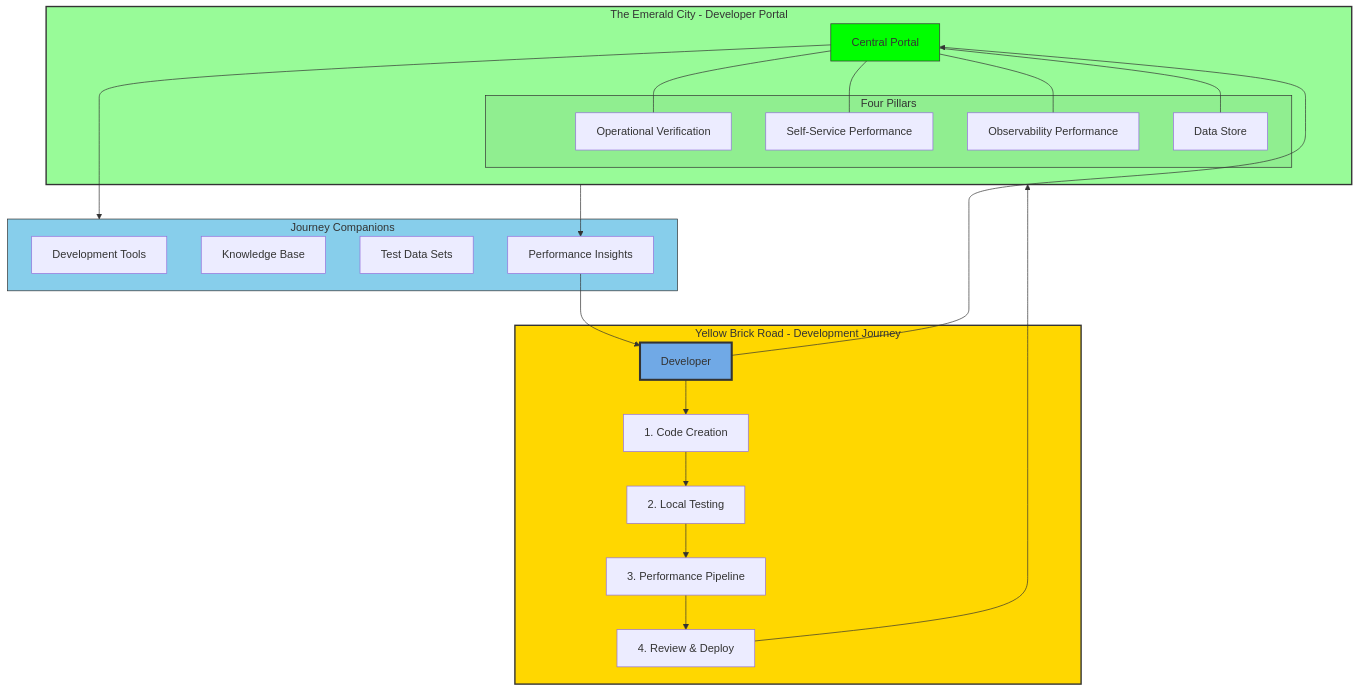
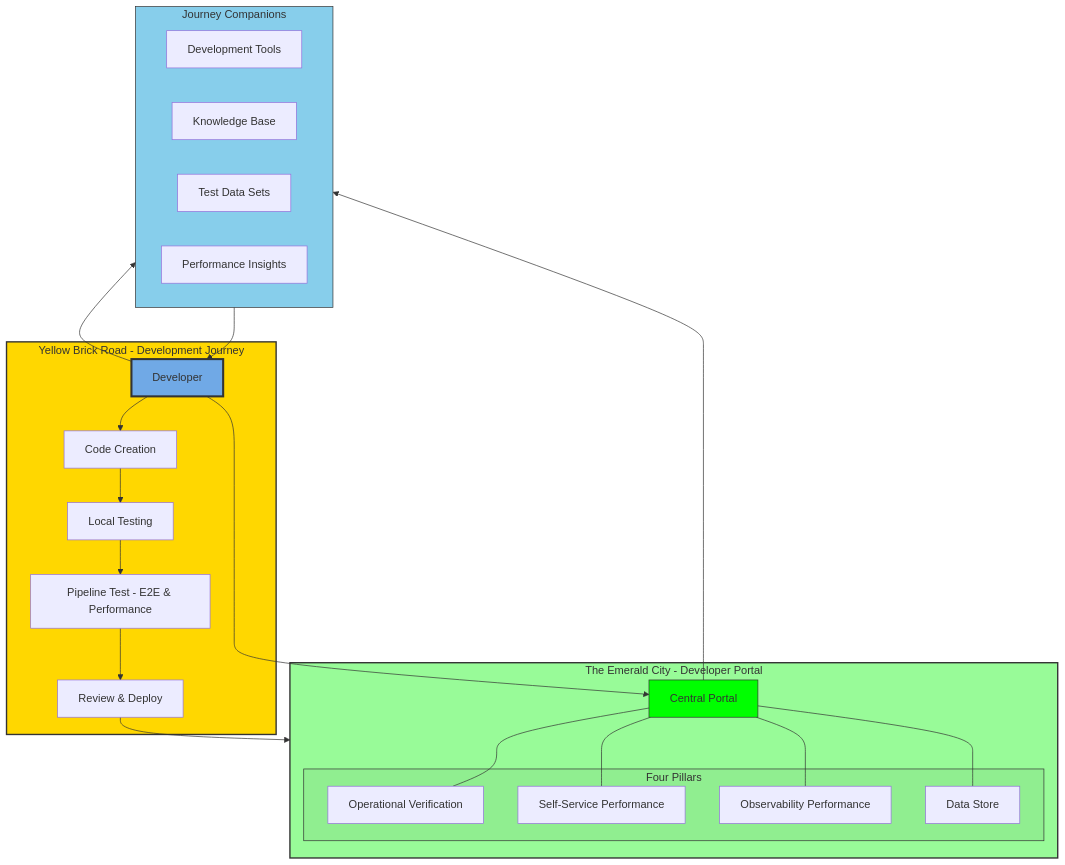
The first of 4 diagrams in content/handbook/engineering/infrastructure-platforms/developer-experience/performance-enablement/_index.md (zalyoung/gitlab-handbook), drawn with Mermaid before and after one commit.

Commit message:
Tweeking phrasing and diagram

````diff
--- a/content/handbook/engineering/infrastructure-platforms/developer-experience/performance-enablement/_index.md
+++ b/content/handbook/engineering/infrastructure-platforms/developer-experience/performance-enablement/_index.md
@@ -19,43 +19,43 @@
 ```mermaid
 flowchart TD
     subgraph EC[The Emerald City - Developer Portal]
         Portal[Central Portal]
         subgraph Buildings[Four Pillars]
             DV[Operational Verification]
             SF[Self-Service Performance]
             OB[Observability Performance]
             DS[Data Store]
         end
         Portal --- DV
         Portal --- SF
         Portal --- OB
         Portal --- DS
     end
 
     subgraph YBR[Yellow Brick Road - Development Journey]
-        Dev[Developer] --> Code[1. Code Creation]
-        Code --> Local[2. Local Testing]
-        Local --> Pipeline[3. Performance Pipeline]
-        Pipeline --> Review[4. Review & Deploy]
+        Dev[Developer] --> Code[Code Creation]
+        Code --> Local[Local Testing]
+        Local --> Pipeline[Pipeline Test - E2E & Performance]
+        Pipeline --> Review[Review & Deploy]
     end
 
     subgraph Guide[Journey Companions]
         Tools[Development Tools]
         Docs[Knowledge Base]
         Data[Test Data Sets]
         Insights[Performance Insights]
     end
 
     Dev --> Portal
+    Dev --> Guide
     Portal --> Guide
     Review --> EC
-    EC --> Insights
-    Insights --> Dev
+    Guide --> Dev
 
     style EC fill:#98FB98,stroke:#333,stroke-width:2px
     style YBR fill:#FFD700,stroke:#333,stroke-width:2px
     style Guide fill:#87CEEB,stroke:#333
     style Portal fill:#00FF00,stroke:#333
     style Dev fill:#70a9e6,stroke:#333,stroke-width:3px
     style Buildings fill:#90EE90,stroke:#333
 ```
````
